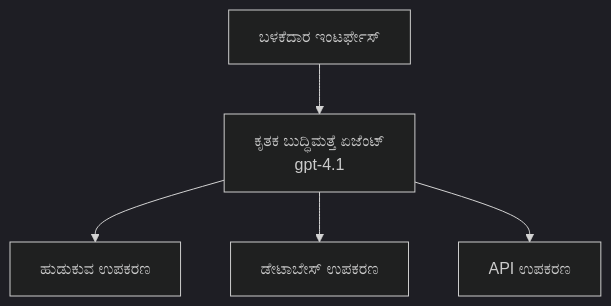
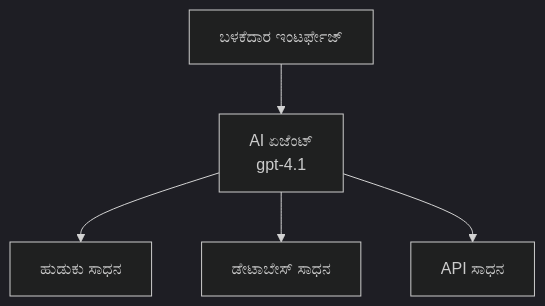
Before and after one commit to microsoft/AZD-for-beginners: the first of 3 diagrams in translations/kn/docs/chapter-02-ai-development/agents.md, drawn with Mermaid (dark theme). The commit also changed other lines of this file and 59 other files, not shown here.

````diff
--- a/translations/kn/docs/chapter-02-ai-development/agents.md
+++ b/translations/kn/docs/chapter-02-ai-development/agents.md
@@ -162,7 +162,7 @@
 ```mermaid
 graph TD
-    UI[ಬಳಕೆದಾರ ಇಂಟರ್ಫೇಸ್] --> Agent[ಕೃತಕ ಬುದ್ಧಿಮತ್ತೆ ಏಜೆಂಟ್<br/>gpt-4.1]
-    Agent --> Search[ಹುಡುಕುವ ಉಪಕರಣ]
-    Agent --> Database[ಡೇಟಾಬೇಸ್ ಉಪಕರಣ]
-    Agent --> API[API ಉಪಕರಣ]
+    UI[ಬಳಕೆದಾರ ಇಂಟರ್ಫೇಜ್] --> Agent[AI ಏಜೆಂಟ್<br/>gpt-4.1]
+    Agent --> Search[ಹುಡುಕು ಸಾಧನ]
+    Agent --> Database[ಡೇಟಾಬೇಸ್ ಸಾಧನ]
+    Agent --> API[API ಸಾಧನ]
 ```
````
